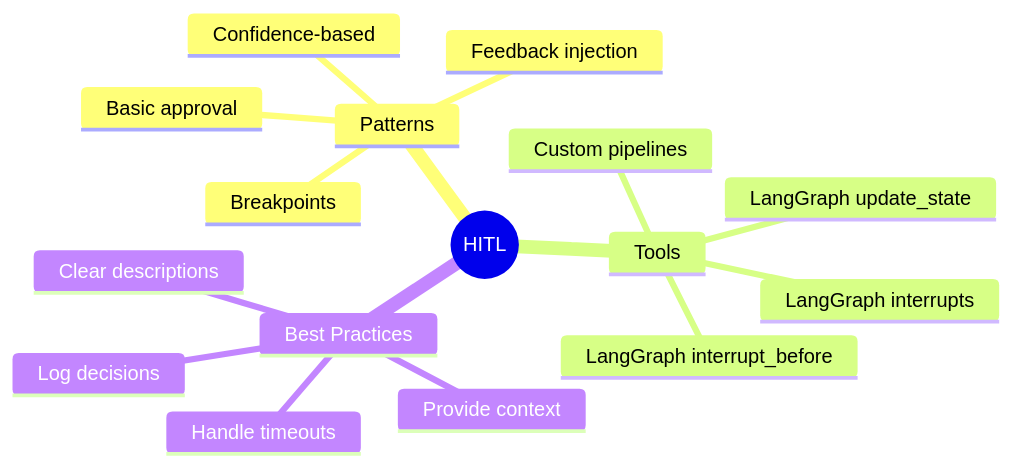
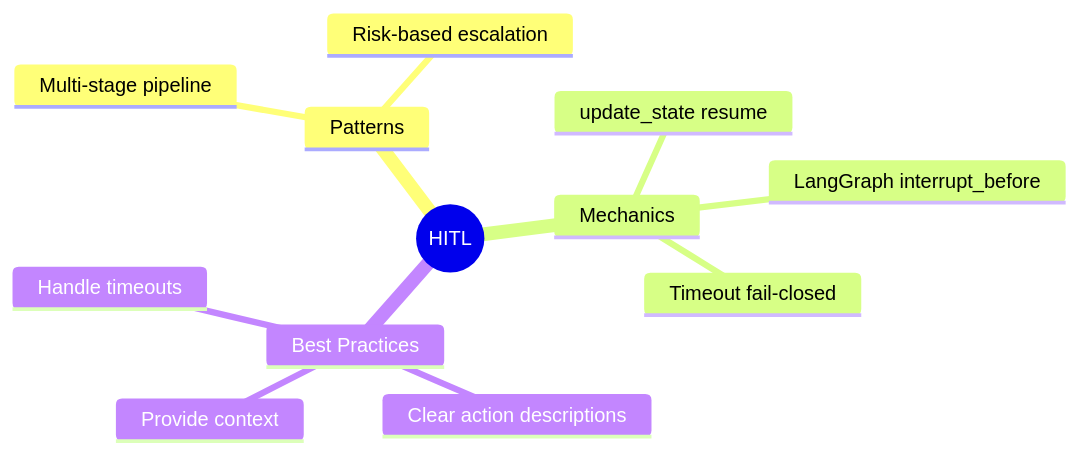
One commit to akshkr/akashnotes changed the second of 2 diagrams in Phase_5_Evaluation_and_Security/Day_070_hitl_patterns_part2/hitl_patterns_part2.md. Above: the diagram before and after it, drawn with Mermaid. The commit also changed other lines of this file and 95 other files, not shown here.

````diff
--- a/Phase_5_Evaluation_and_Security/Day_070_hitl_patterns_part2/hitl_patterns_part2.md
+++ b/Phase_5_Evaluation_and_Security/Day_070_hitl_patterns_part2/hitl_patterns_part2.md
@@ -300,19 +318,15 @@
 ```mermaid
 mindmap
   root((HITL))
     Patterns
-      Basic approval
-      Breakpoints
-      Feedback injection
-      Confidence-based
-    Tools
-      LangGraph interrupts
+      Multi-stage pipeline
+      Risk-based escalation
+    Mechanics
       LangGraph interrupt_before
-      LangGraph update_state
-      Custom pipelines
+      update_state resume
+      Timeout fail-closed
     Best Practices
-      Clear descriptions
+      Clear action descriptions
       Provide context
       Handle timeouts
-      Log decisions
 ```
````
